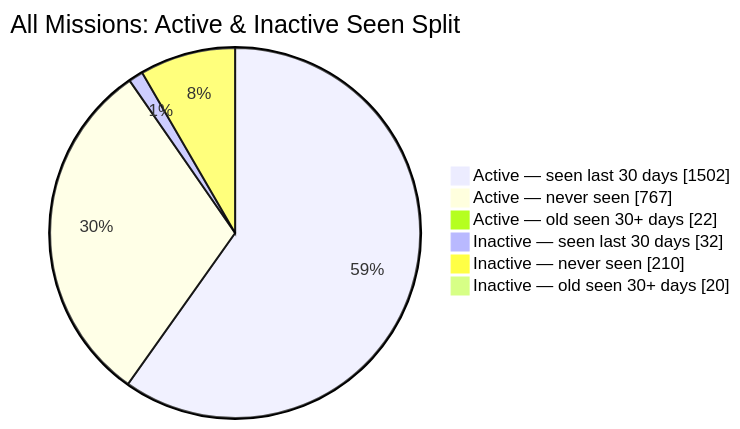
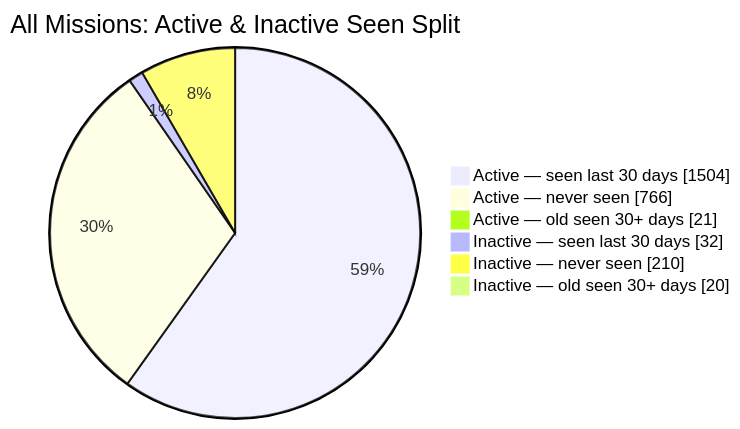
Before and after one commit to MeldkamerspelGameTeam/active-missions: the second of 2 diagrams in README.md, drawn with Mermaid. The commit also changed other lines of this file and 3 other files, not shown here.

````diff
--- a/README.md
+++ b/README.md
@@ -44,10 +44,10 @@
 ```mermaid
 pie showData
     title All Missions: Active & Inactive Seen Split
-    "Active — seen last 30 days" : 1502
-    "Active — never seen" : 767
-    "Active — old seen 30+ days" : 22
+    "Active — seen last 30 days" : 1504
+    "Active — never seen" : 766
+    "Active — old seen 30+ days" : 21
     "Inactive — seen last 30 days" : 32
     "Inactive — never seen" : 210
     "Inactive — old seen 30+ days" : 20
 ```
````
